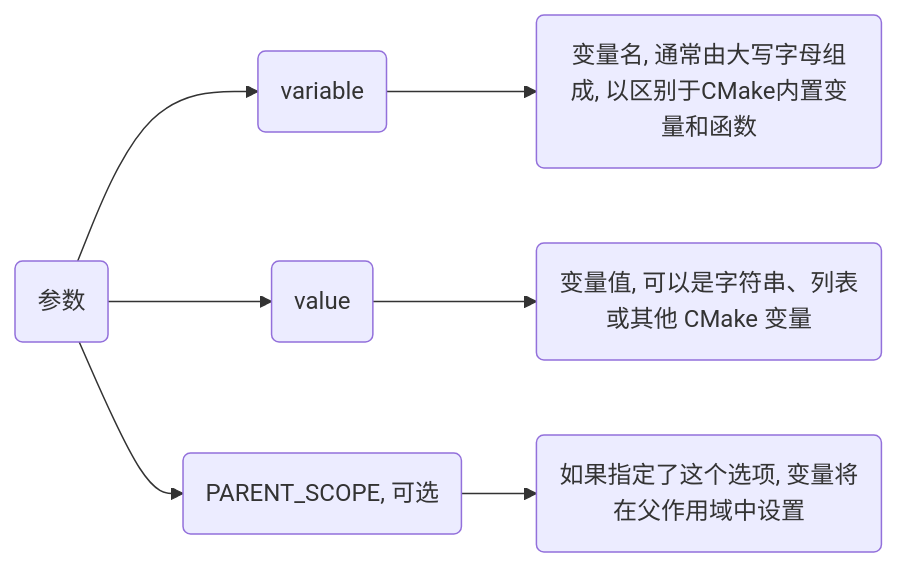
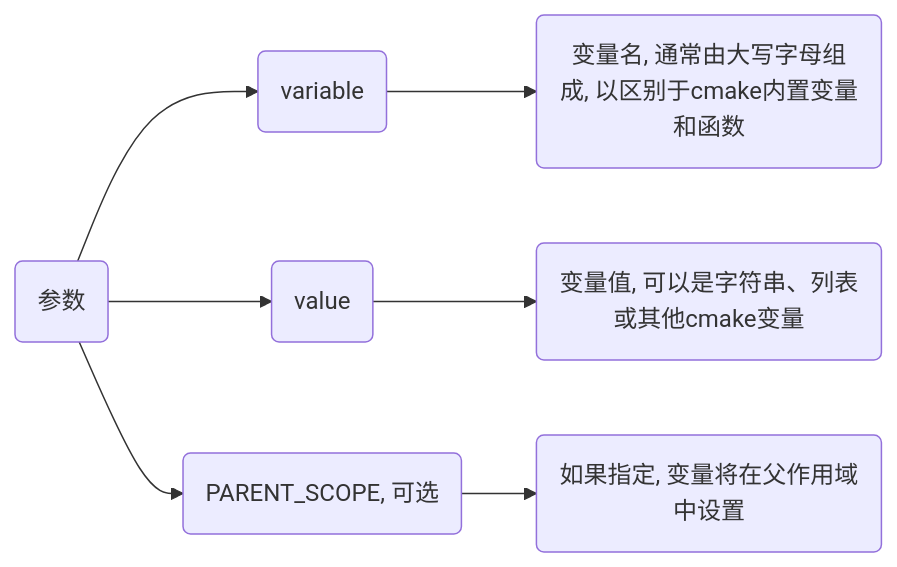
Before and after one commit to dmjcb/dmjcb.github.io: the second of 7 diagrams in _posts/software/build_tool/cmake/2024-11-09-语法.md, drawn with Mermaid. The commit also changed other lines of this file and 33 other files, not shown here.

````diff
--- a/_posts/software/build_tool/cmake/2024-11-09-语法.md
+++ b/_posts/software/build_tool/cmake/2024-11-09-语法.md
@@ -52,7 +52,7 @@
 ```mermaid
 graph LR
     P(参数)
-    P-->A(variable)-->A1(变量名, 通常由大写字母组成, 以区别于CMake内置变量和函数)
-    P-->B(value)-->B1(变量值, 可以是字符串、列表或其他 CMake 变量)
-    P-->C(PARENT_SCOPE, 可选)-->C1(如果指定了这个选项, 变量将在父作用域中设置)
+    P-->A(variable)-->A1(变量名, 通常由大写字母组成, 以区别于cmake内置变量和函数)
+    P-->B(value)-->B1(变量值, 可以是字符串、列表或其他cmake变量)
+    P-->C(PARENT_SCOPE, 可选)-->C1(如果指定, 变量将在父作用域中设置)
 ```
````
